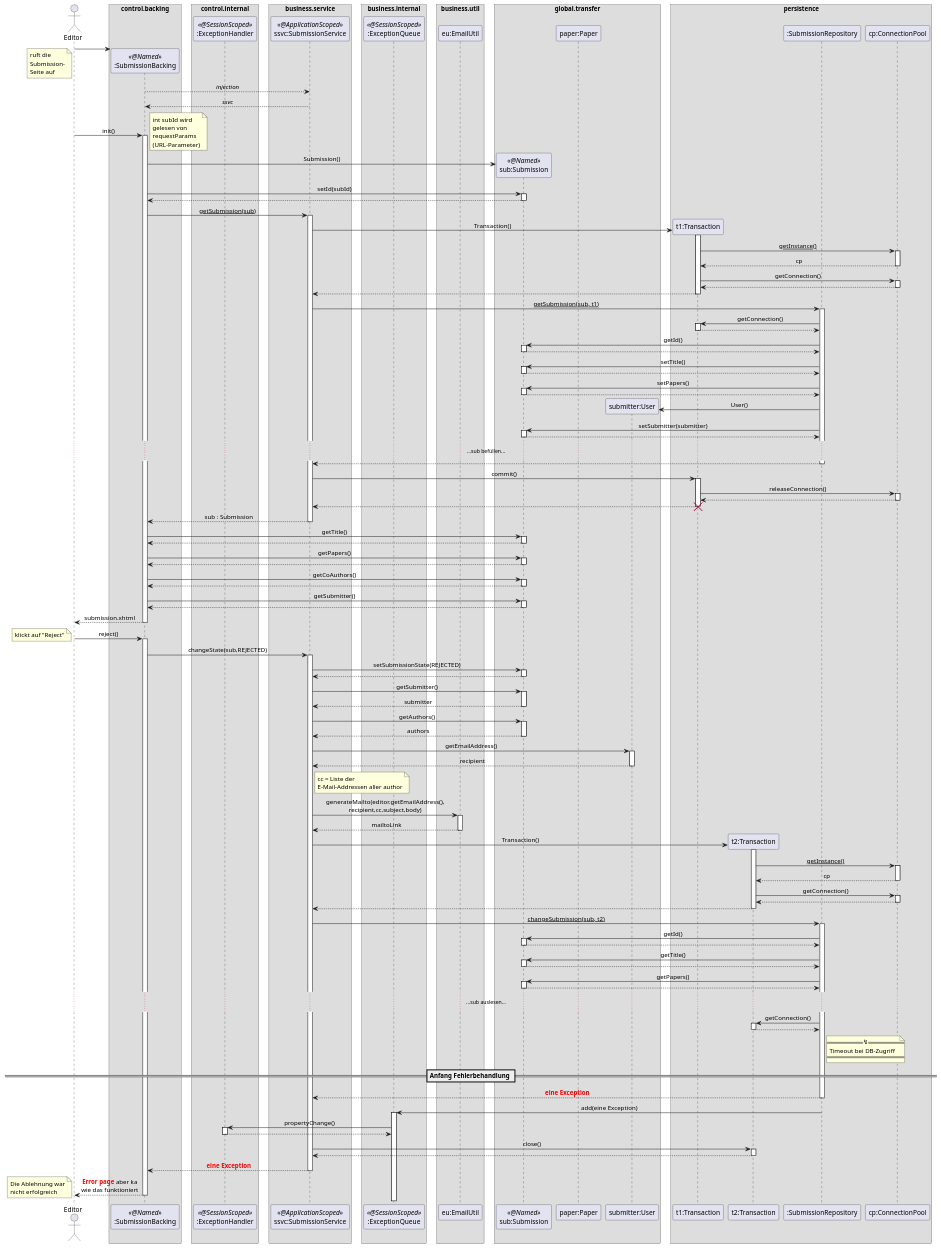
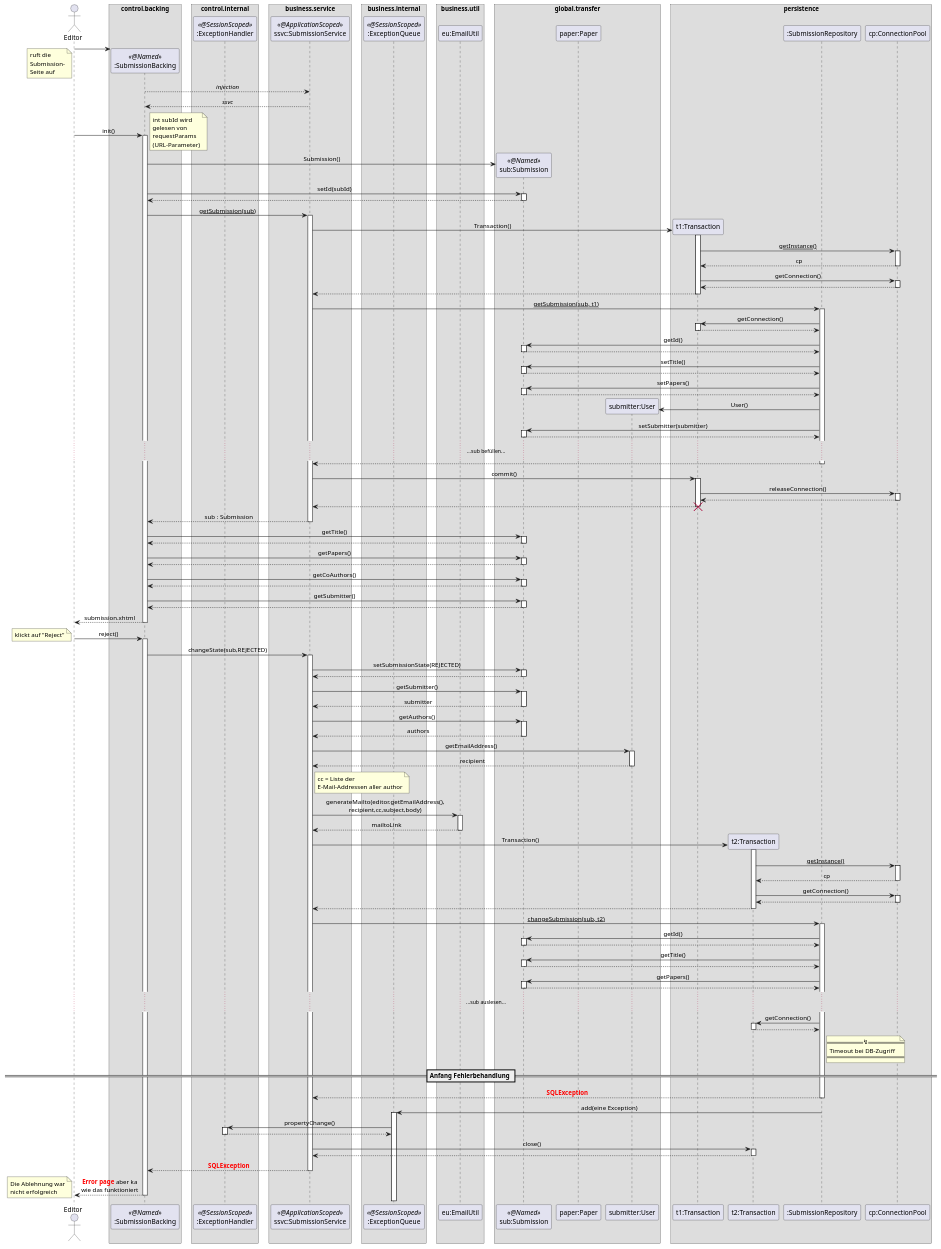
One commit to guersterst/LasEs changed the diagram in docs/Entwurf/puml/reject_submission.puml. Above: the diagram before and after it, drawn with PlantUML.

Commit message:
use SQLException

```diff
--- a/docs/Entwurf/puml/reject_submission.puml
+++ b/docs/Entwurf/puml/reject_submission.puml
@@ -1,193 +1,193 @@
 @startuml
 'https://plantuml.com/sequence-diagram
 
 '!theme aws-orange
 skinparam sequenceMessageAlign center
 skinparam BoxPadding 10
 'skinparam LifelineStrategy nosolid
 'autonumber
 'autoactivate on
 'hide footbox
 
 actor Editor as editor
 
 box "control.backing"
     participant ":SubmissionBacking" as sb << @Named >>
 end box
 box "control.internal"
     participant ":ExceptionHandler" as eh << @SessionScoped >>
 end box
 'box "???"
 '    participant ":ResourceBundle" as rscBundle
 'end box
 box "business.service"
     participant "ssvc:SubmissionService" as ssvc << @ApplicationScoped >>
 end box
 box "business.internal"
     participant ":ExceptionQueue" as eq << @SessionScoped >>
 end box
 box "business.util"
     participant "eu:EmailUtil" as eu
 end box
 box "global.transfer"
     participant "sub:Submission" as sub << @Named >>
     participant "paper:Paper" as paper
     participant "submitter:User" as submitter
 end box
 box persistence
     participant "t1:Transaction" as t1
     participant "t2:Transaction" as t2
     participant ":SubmissionRepository" as sr
     participant "cp:ConnectionPool" as cp
 end box
 
 create sb
 editor -> sb
 note left
     ruft die
     Submission-
     Seite auf
 end note
 sb --> ssvc : //injection//
 return //ssvc//
 editor -> sb : init()
 activate sb
     note right
         int subId wird
         gelesen von
         requestParams
         (URL-Parameter)
     end note
     sb -> sub ** : Submission()
     sb -> sub : setId(subId)
     activate sub
     return
     sb -> ssvc : __getSubmission(sub)__
     activate ssvc
         ssvc -> t1 ** : Transaction()
         activate t1
             t1 -> cp : __getInstance()__
             activate cp
             return cp
             t1 -> cp : getConnection()
             activate cp
             return
         return
         ssvc -> sr : __getSubmission(sub, t1)__
         activate sr
             sr -> t1 ++ : getConnection()
             return
             sr -> sub : getId()
             activate sub
             return
             sr -> sub : setTitle()
             activate sub
             return
             sr -> sub : setPapers()
             activate sub
             return
             sr -> submitter ** : User()
             sr -> sub : setSubmitter(submitter)
             activate sub
             return
             ......sub befüllen......
         return
         ssvc -> t1 ++ : commit()
             t1 -> cp ++ : releaseConnection()
             return
         return
         destroy t1
     return sub : Submission
     sb -> sub ++ : getTitle()
     return
     sb -> sub ++ : getPapers()
     return
     sb -> sub ++ : getCoAuthors()
     return
     sb -> sub ++ : getSubmitter()
     return
 return submission.xhtml
 
 
 editor -> sb : reject()
 note left
     klickt auf "Reject"
 end note
 activate sb
     sb -> ssvc : changeState(sub,REJECTED)
     activate ssvc
         ssvc -> sub ++ : setSubmissionState(REJECTED)
         return
         ssvc -> sub : getSubmitter()
         activate sub
         return submitter
         ssvc -> sub : getAuthors()
         activate sub
         return authors
         ssvc -> submitter : getEmailAddress()
         activate submitter
         return recipient
         note right of ssvc
             cc = Liste der
             E-Mail-Addressen aller author
         end note
 '        subService -> rscBundle : getRejectionEmailSubject()
 '        activate rscBundle
 '        return subject
 '        subService -> rscBundle : getRejectionEmailBody()
 '        activate rscBundle
 '        return body
 
         ssvc -> eu : generateMailto(editor.getEmailAddress(),\nrecipient,cc,subject,body)
         activate eu
         return mailtoLink
 
         ssvc -> t2 ** : Transaction()
         activate t2
             t2 -> cp : __getInstance()__
             activate cp
             return cp
             t2 -> cp : getConnection()
             activate cp
             return
         return
 
         ssvc -> sr : __changeSubmission(sub, t2)__
         activate sr
             sr -> sub ++ : getId()
             return
             sr -> sub ++ : getTitle()
             return
             sr -> sub ++ : getPapers()
             return
             ......sub auslesen......
             sr -> t2 ++ : getConnection()
             return
 
         note right of sr
         == ↯ ==
         Timeout bei DB-Zugriff
         ====
         end note
 
 == Anfang Fehlerbehandlung ==
-        return <font color=red><b>eine Exception
+        return <font color=red><b>SQLException
 
         sr -> eq ++ : add(eine Exception)
             eq -> eh ++ : propertyChange()
             return
         deactivate sr
 
         ssvc -> t2 ++ : close()
         return
 
-    return <font color=red><b>eine Exception
+    return <font color=red><b>SQLException
 
 return <font color=red><b>Error page</font> aber ka\nwie das funktioniert
 note left
 Die Ablehnung war
 nicht erfolgreich
 end note
 
 
 @enduml
```
